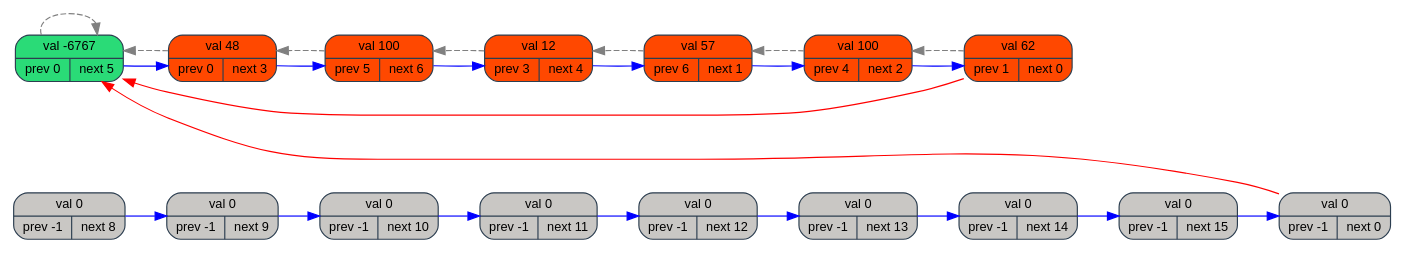
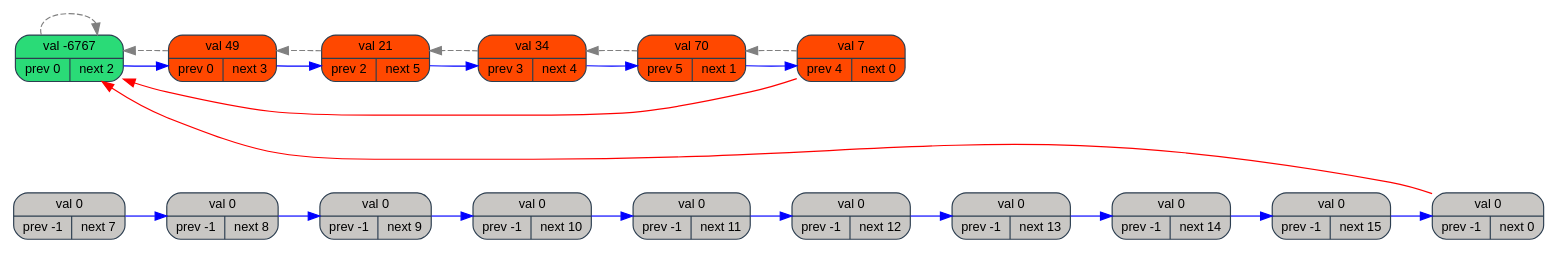
Before and after one commit to fcubsovv/c-course: the diagram in linked_list/graph.dot, drawn with Graphviz. The commit also changed 18 other files, not shown here.

```diff
--- a/linked_list/graph.dot
+++ b/linked_list/graph.dot
@@ -1,43 +1,42 @@
 digraph RoundedSplitGraph {
 rankdir=LR; 
 node [shape=Mrecord, style=filled, fillcolor="#f9f9f9", color="#2c3e50", fontname="Arial", fontsize=11];
-Node0 [label=" val -6767  | { prev 0 | next 5 }" fillcolor="#2adb77"]; 
-Node1 [label=" val 100  | { prev 4 | next 2 }" fillcolor="#ff4800"]; 
-Node2 [label=" val 62  | { prev 1 | next 0 }" fillcolor="#ff4800"]; 
-Node3 [label=" val 100  | { prev 5 | next 6 }" fillcolor="#ff4800"]; 
-Node4 [label=" val 57  | { prev 6 | next 1 }" fillcolor="#ff4800"]; 
-Node5 [label=" val 48  | { prev 0 | next 3 }" fillcolor="#ff4800"]; 
-Node6 [label=" val 12  | { prev 3 | next 4 }" fillcolor="#ff4800"]; 
+Node0 [label=" val -6767  | { prev 0 | next 2 }" fillcolor="#2adb77"]; 
+Node1 [label=" val 7  | { prev 4 | next 0 }" fillcolor="#ff4800"]; 
+Node2 [label=" val 49  | { prev 0 | next 3 }" fillcolor="#ff4800"]; 
+Node3 [label=" val 21  | { prev 2 | next 5 }" fillcolor="#ff4800"]; 
+Node4 [label=" val 70  | { prev 5 | next 1 }" fillcolor="#ff4800"]; 
+Node5 [label=" val 34  | { prev 3 | next 4 }" fillcolor="#ff4800"]; 
+Node6 [label=" val 0  | { prev -1 | next 7 }" fillcolor="#c9c7c4"]; 
 Node7 [label=" val 0  | { prev -1 | next 8 }" fillcolor="#c9c7c4"]; 
 Node8 [label=" val 0  | { prev -1 | next 9 }" fillcolor="#c9c7c4"]; 
 Node9 [label=" val 0  | { prev -1 | next 10 }" fillcolor="#c9c7c4"]; 
 Node10 [label=" val 0  | { prev -1 | next 11 }" fillcolor="#c9c7c4"]; 
 Node11 [label=" val 0  | { prev -1 | next 12 }" fillcolor="#c9c7c4"]; 
 Node12 [label=" val 0  | { prev -1 | next 13 }" fillcolor="#c9c7c4"]; 
 Node13 [label=" val 0  | { prev -1 | next 14 }" fillcolor="#c9c7c4"]; 
 Node14 [label=" val 0  | { prev -1 | next 15 }" fillcolor="#c9c7c4"]; 
 Node15 [label=" val 0  | { prev -1 | next 0 }" fillcolor="#c9c7c4"]; 
-Node0 -> Node5 [color=blue];
-Node1 -> Node2 [color=blue];
-Node2 -> Node0 [color=red, constraint=false];
-Node3 -> Node6 [color=blue];
+Node0 -> Node2 [color=blue];
+Node1 -> Node0 [color=red, constraint=false];
+Node2 -> Node3 [color=blue];
+Node3 -> Node5 [color=blue];
 Node4 -> Node1 [color=blue];
-Node5 -> Node3 [color=blue];
-Node6 -> Node4 [color=blue];
+Node5 -> Node4 [color=blue];
+Node6 -> Node7 [color=blue];
 Node7 -> Node8 [color=blue];
 Node8 -> Node9 [color=blue];
 Node9 -> Node10 [color=blue];
 Node10 -> Node11 [color=blue];
 Node11 -> Node12 [color=blue];
 Node12 -> Node13 [color=blue];
 Node13 -> Node14 [color=blue];
 Node14 -> Node15 [color=blue];
 Node15 -> Node0 [color=red, constraint=false];
 Node0 -> Node0 [color=gray, style=dashed];
 Node1 -> Node4 [color=gray, style=dashed];
-Node2 -> Node1 [color=gray, style=dashed];
-Node3 -> Node5 [color=gray, style=dashed];
-Node4 -> Node6 [color=gray, style=dashed];
-Node5 -> Node0 [color=gray, style=dashed];
-Node6 -> Node3 [color=gray, style=dashed];
+Node2 -> Node0 [color=gray, style=dashed];
+Node3 -> Node2 [color=gray, style=dashed];
+Node4 -> Node5 [color=gray, style=dashed];
+Node5 -> Node3 [color=gray, style=dashed];
 }
```
